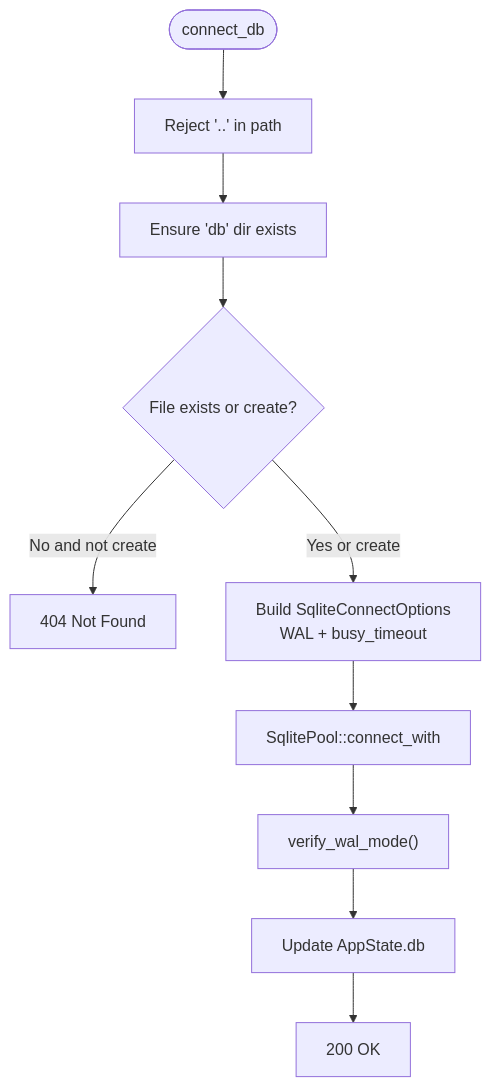
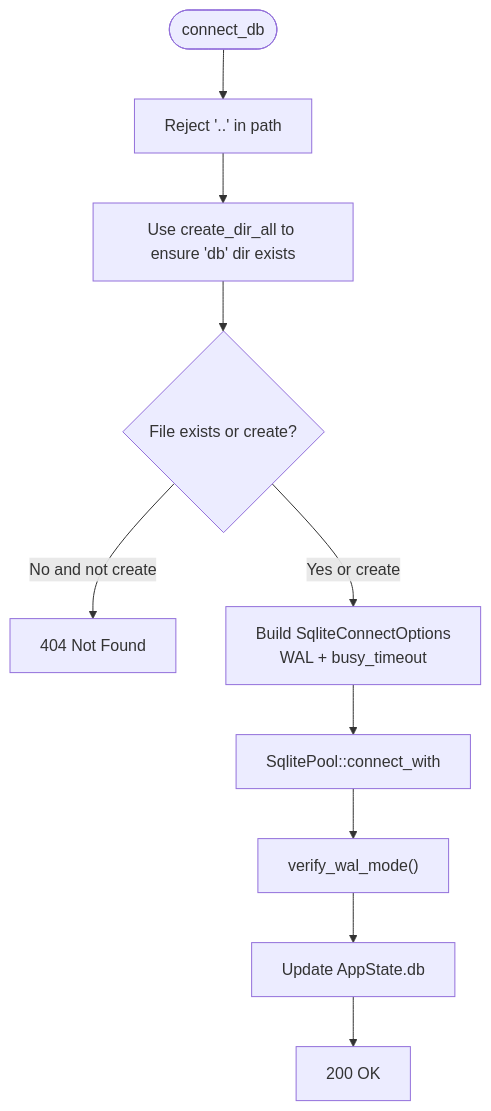
One commit to sutanto1010/crablite changed the fifth of 8 diagrams in .qoder/repowiki/en/content/Backend Development/Backend Development.md. Above: the diagram before and after it, drawn with Mermaid. The commit also changed other lines of this file and 47 other files, not shown here.

````diff
--- a/.qoder/repowiki/en/content/Backend Development/Backend Development.md
+++ b/.qoder/repowiki/en/content/Backend Development/Backend Development.md
@@ -197,12 +221,12 @@
 ```mermaid
 flowchart TD
 Start(["connect_db"]) --> ValidatePath["Reject '..' in path"]
-ValidatePath --> EnsureDir["Ensure 'db' dir exists"]
+ValidatePath --> EnsureDir["Use create_dir_all to ensure 'db' dir exists"]
 EnsureDir --> Exists{"File exists or create?"}
 Exists --> |No and not create| NotFound["404 Not Found"]
 Exists --> |Yes or create| BuildOpts["Build SqliteConnectOptions<br/>WAL + busy_timeout"]
 BuildOpts --> Connect["SqlitePool::connect_with"]
 Connect --> VerifyWAL["verify_wal_mode()"]
 VerifyWAL --> UpdateState["Update AppState.db"]
 UpdateState --> Ok["200 OK"]
 ```
````
